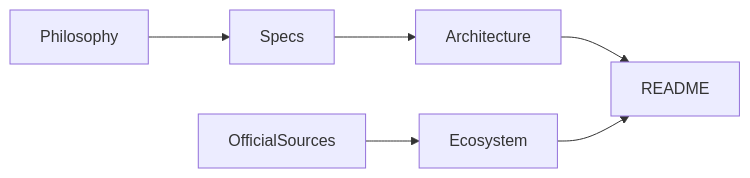
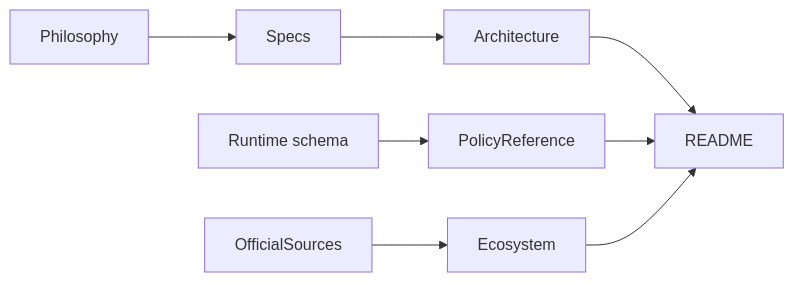
Before and after one commit to streamentry/AGENTOWNERS: the first of 3 diagrams in docs/AGENTS.md, drawn with Mermaid. The commit also changed other lines of this file and 9 other files, not shown here.

Commit message:
docs: add canonical policy reference

````diff
--- a/docs/AGENTS.md
+++ b/docs/AGENTS.md
@@ -24,8 +25,10 @@
 ```mermaid
 flowchart LR
   OfficialSources --> Ecosystem
   Specs --> Architecture
+  Schema[Runtime schema] --> PolicyReference
   Philosophy --> Specs
   Architecture --> README
+  PolicyReference --> README
   Ecosystem --> README
 ```
````
